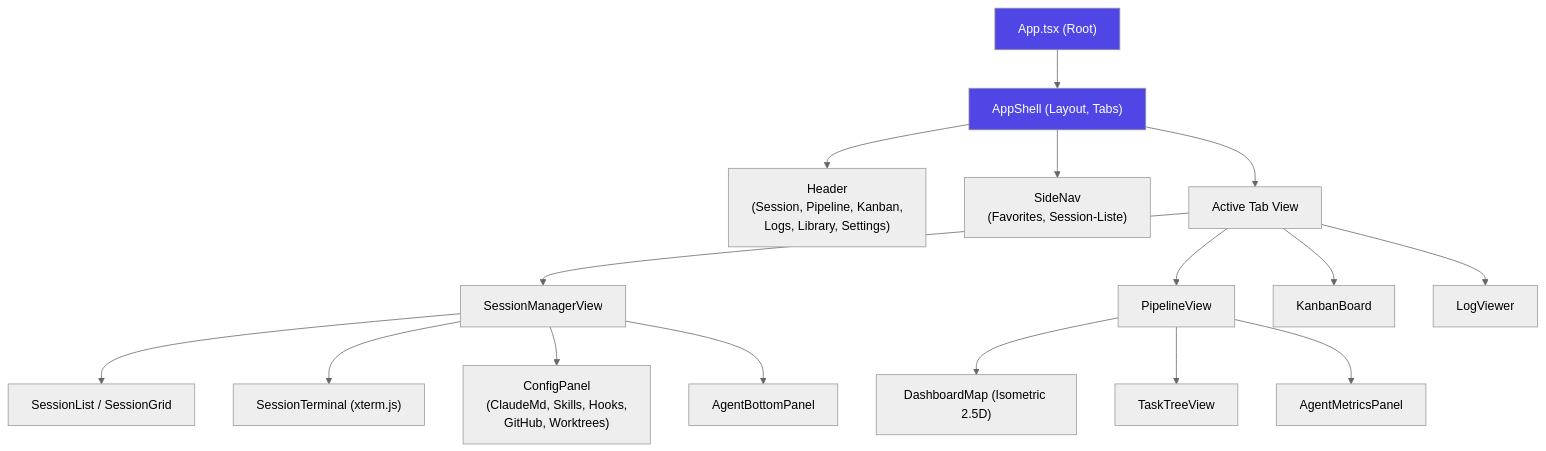
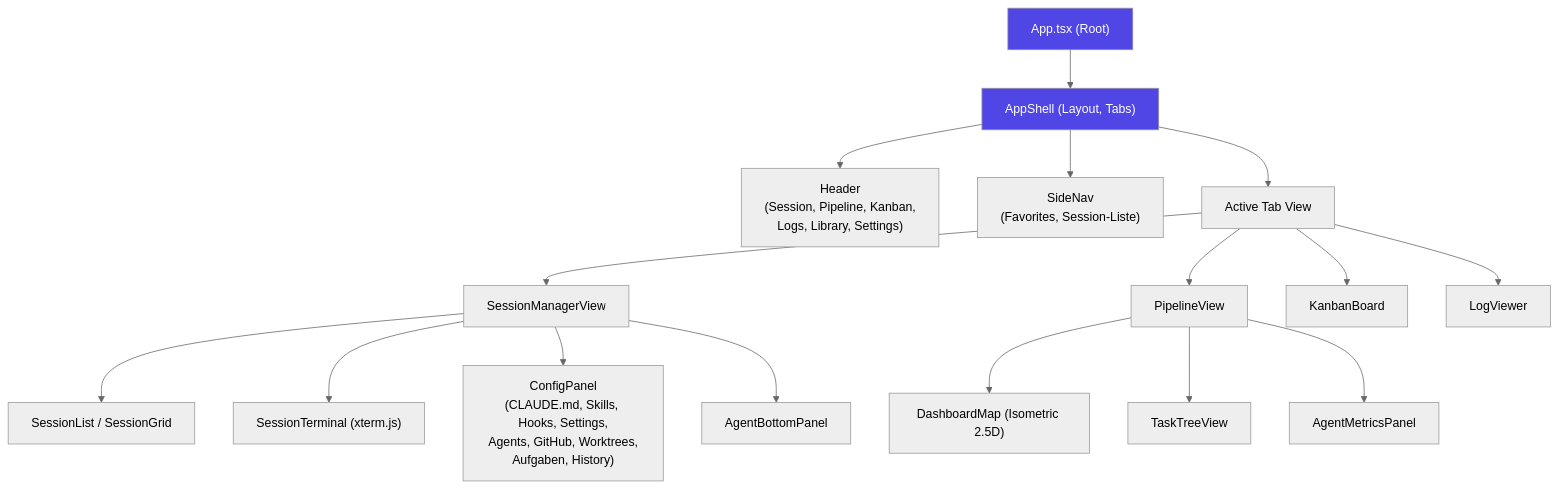
Before and after one commit to ARO-LABS/smashq: the eighth of 24 diagrams in Softwareprozess/arc42-specification.md, drawn with Mermaid (neutral theme). The commit also changed other lines of this file, not shown here.

Commit message:
docs(config): arc42 — ConfigPanel-Tabs aktualisiert (Aufgaben, History) + FA-C04 auf reale Module

````diff
--- a/Softwareprozess/arc42-specification.md
+++ b/Softwareprozess/arc42-specification.md
@@ -359,27 +359,27 @@
 ```mermaid
 graph TD
     App["App.tsx (Root)"]
     Shell["AppShell (Layout, Tabs)"]
 
     App --> Shell
     Shell --> Header["Header<br/>(Session, Pipeline, Kanban,<br/>Logs, Library, Settings)"]
     Shell --> SideNav["SideNav<br/>(Favorites, Session-Liste)"]
     Shell --> Content["Active Tab View"]
 
     Content --> SessionMgr["SessionManagerView"]
     Content --> PipelineView["PipelineView"]
     Content --> KanbanView["KanbanBoard"]
     Content --> LogView["LogViewer"]
 
     SessionMgr --> SessionList["SessionList / SessionGrid"]
     SessionMgr --> Terminal["SessionTerminal (xterm.js)"]
-    SessionMgr --> ConfigPanel["ConfigPanel<br/>(ClaudeMd, Skills, Hooks,<br/>GitHub, Worktrees)"]
+    SessionMgr --> ConfigPanel["ConfigPanel<br/>(CLAUDE.md, Skills, Hooks, Settings,<br/>Agents, GitHub, Worktrees,<br/>Aufgaben, History)"]
     SessionMgr --> BottomPanel["AgentBottomPanel"]
 
     PipelineView --> Dashboard["DashboardMap (Isometric 2.5D)"]
     PipelineView --> TaskTree["TaskTreeView"]
     PipelineView --> Metrics["AgentMetricsPanel"]
 
     style App fill:#4f46e5,color:#fff
     style Shell fill:#4f46e5,color:#fff
 ```
````
